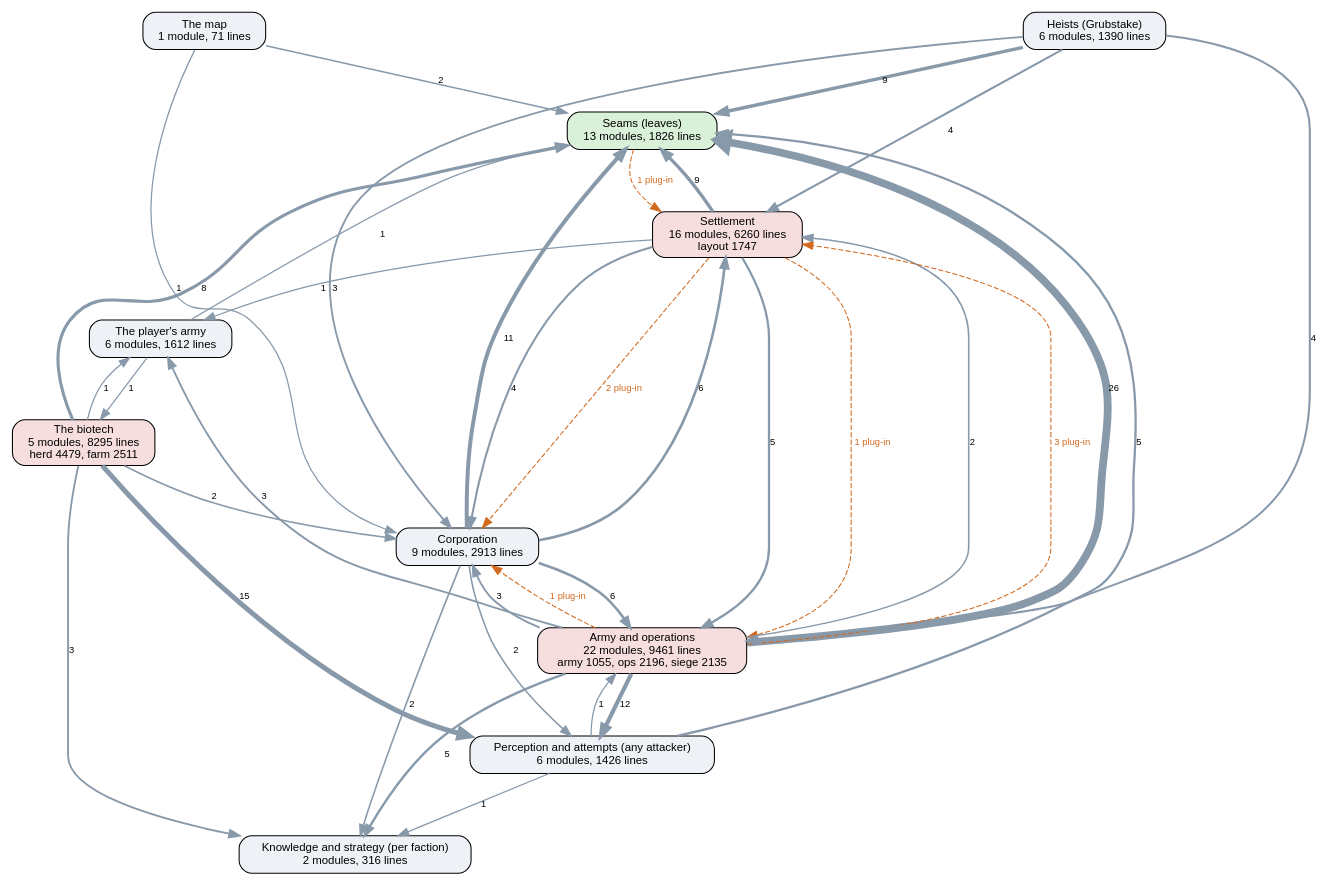
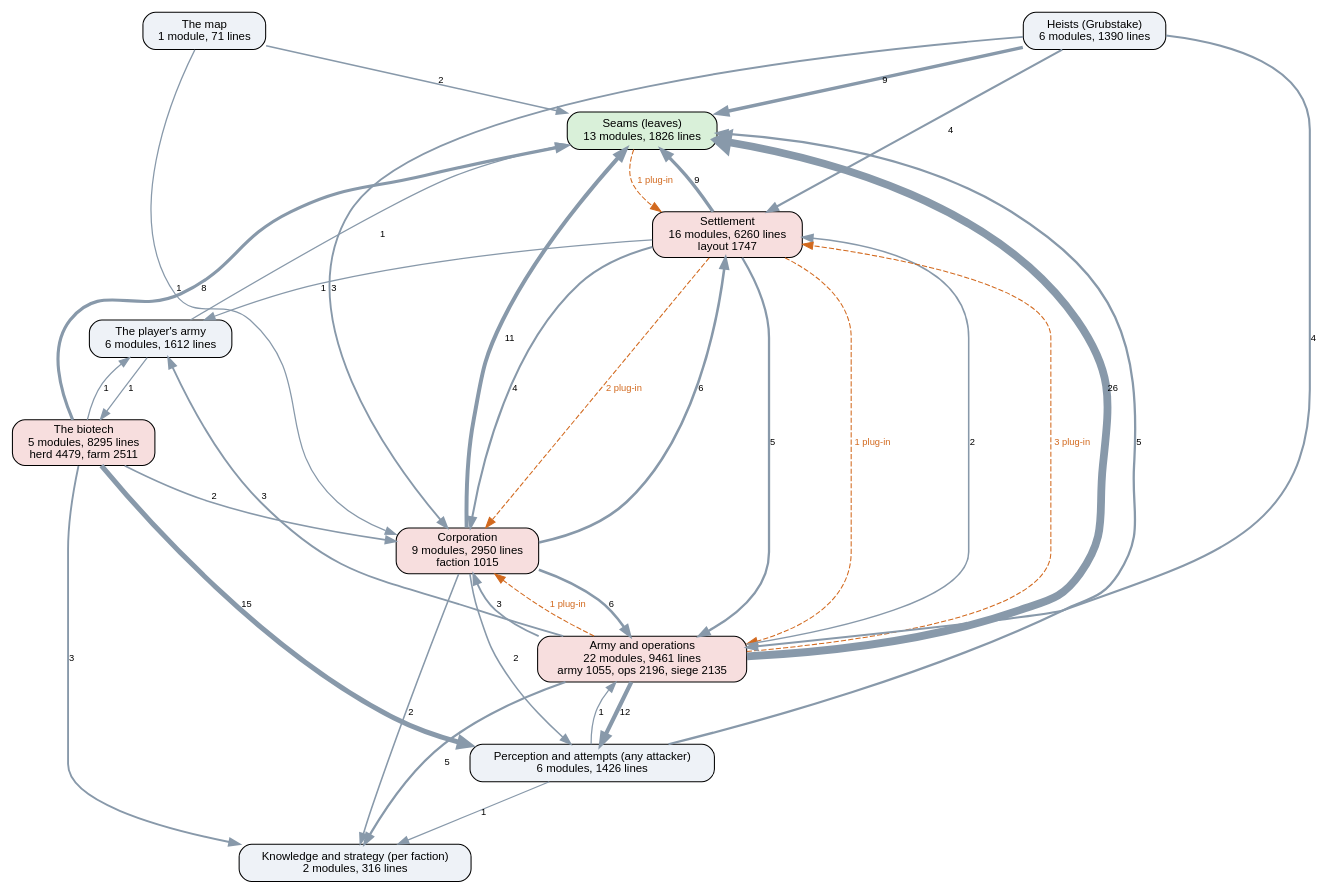
The diagram in docs/ai-layers.dot (kinelhu/landing-party), drawn with Graphviz before and after one commit. The commit also changed 8 other files, not shown here.

```diff
--- a/docs/ai-layers.dot
+++ b/docs/ai-layers.dot
@@ -1,51 +1,51 @@
 digraph layers {
   graph [rankdir=TB, fontname="Helvetica", nodesep=0.5, ranksep=0.7];
   node [shape=box, style="rounded,filled", fontname="Helvetica", fontsize=11, fillcolor="#eef2f7"];
   edge [color="#8899aa", fontname="Helvetica", fontsize=9];
   "Seams (leaves)" [label="Seams (leaves)\n13 modules, 1826 lines", fillcolor="#d9f0d9"];
   "Perception and attempts (any attacker)" [label="Perception and attempts (any attacker)\n6 modules, 1426 lines", fillcolor="#eef2f7"];
   "Knowledge and strategy (per faction)" [label="Knowledge and strategy (per faction)\n2 modules, 316 lines", fillcolor="#eef2f7"];
-  "Corporation" [label="Corporation\n9 modules, 2913 lines", fillcolor="#eef2f7"];
+  "Corporation" [label="Corporation\n9 modules, 2950 lines\nfaction 1015", fillcolor="#f7dede"];
   "Settlement" [label="Settlement\n16 modules, 6260 lines\nlayout 1747", fillcolor="#f7dede"];
   "Army and operations" [label="Army and operations\n22 modules, 9461 lines\narmy 1055, ops 2196, siege 2135", fillcolor="#f7dede"];
   "Heists (Grubstake)" [label="Heists (Grubstake)\n6 modules, 1390 lines", fillcolor="#eef2f7"];
   "The biotech" [label="The biotech\n5 modules, 8295 lines\nherd 4479, farm 2511", fillcolor="#f7dede"];
   "The map" [label="The map\n1 module, 71 lines", fillcolor="#eef2f7"];
   "The player's army" [label="The player's army\n6 modules, 1612 lines", fillcolor="#eef2f7"];
   "Army and operations" -> "Corporation" [label="3", penwidth=1.8];
   "Army and operations" -> "Knowledge and strategy (per faction)" [label="5", penwidth=2.2];
   "Army and operations" -> "Perception and attempts (any attacker)" [label="12", penwidth=4.0];
   "Army and operations" -> "Seams (leaves)" [label="26", penwidth=7.5];
   "Army and operations" -> "Settlement" [label="2", penwidth=1.5];
   "Army and operations" -> "The player's army" [label="3", penwidth=1.8];
   "Corporation" -> "Army and operations" [label="6", penwidth=2.5];
   "Corporation" -> "Knowledge and strategy (per faction)" [label="2", penwidth=1.5];
   "Corporation" -> "Perception and attempts (any attacker)" [label="2", penwidth=1.5];
   "Corporation" -> "Seams (leaves)" [label="11", penwidth=3.8];
   "Corporation" -> "Settlement" [label="6", penwidth=2.5];
   "Heists (Grubstake)" -> "Army and operations" [label="4", penwidth=2.0];
   "Heists (Grubstake)" -> "Corporation" [label="3", penwidth=1.8];
   "Heists (Grubstake)" -> "Seams (leaves)" [label="9", penwidth=3.2];
   "Heists (Grubstake)" -> "Settlement" [label="4", penwidth=2.0];
   "Perception and attempts (any attacker)" -> "Army and operations" [label="1", penwidth=1.2];
   "Perception and attempts (any attacker)" -> "Knowledge and strategy (per faction)" [label="1", penwidth=1.2];
   "Perception and attempts (any attacker)" -> "Seams (leaves)" [label="5", penwidth=2.2];
   "Settlement" -> "Army and operations" [label="5", penwidth=2.2];
   "Settlement" -> "Corporation" [label="4", penwidth=2.0];
   "Settlement" -> "Seams (leaves)" [label="9", penwidth=3.2];
   "Settlement" -> "The player's army" [label="1", penwidth=1.2];
   "The biotech" -> "Corporation" [label="2", penwidth=1.5];
   "The biotech" -> "Knowledge and strategy (per faction)" [label="3", penwidth=1.8];
   "The biotech" -> "Perception and attempts (any attacker)" [label="15", penwidth=4.8];
   "The biotech" -> "Seams (leaves)" [label="8", penwidth=3.0];
   "The biotech" -> "The player's army" [label="1", penwidth=1.2];
   "The map" -> "Corporation" [label="1", penwidth=1.2];
   "The map" -> "Seams (leaves)" [label="2", penwidth=1.5];
   "The player's army" -> "Seams (leaves)" [label="1", penwidth=1.2];
   "The player's army" -> "The biotech" [label="1", penwidth=1.2];
   "Army and operations" -> "Corporation" [style=dashed, color="#d2691e", fontcolor="#d2691e", label="1 plug-in"];
   "Army and operations" -> "Settlement" [style=dashed, color="#d2691e", fontcolor="#d2691e", label="3 plug-in"];
   "Seams (leaves)" -> "Settlement" [style=dashed, color="#d2691e", fontcolor="#d2691e", label="1 plug-in"];
   "Settlement" -> "Army and operations" [style=dashed, color="#d2691e", fontcolor="#d2691e", label="1 plug-in"];
   "Settlement" -> "Corporation" [style=dashed, color="#d2691e", fontcolor="#d2691e", label="2 plug-in"];
 }
```
